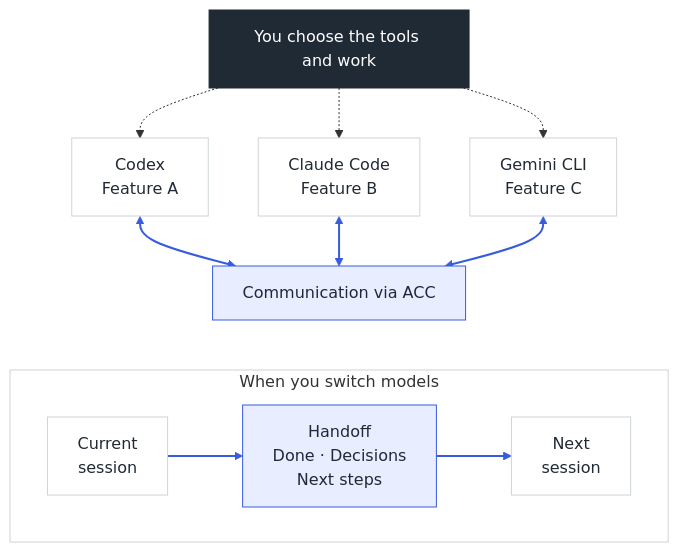
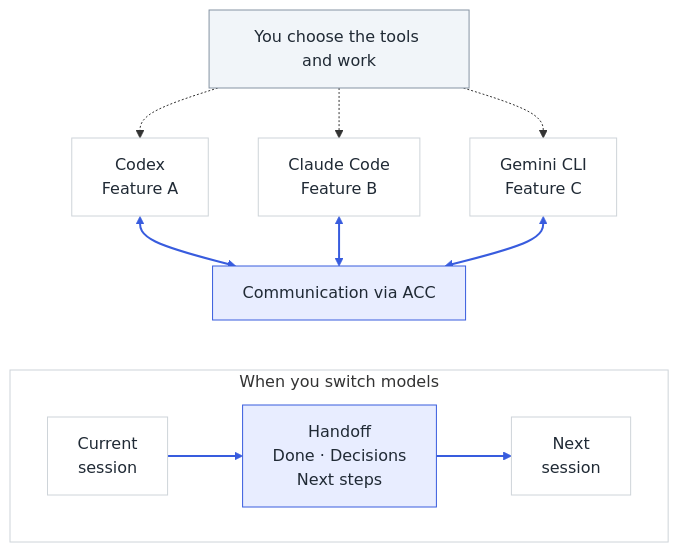
The diagram in README.md (automatis-tools/agents-can-communicate), drawn with Mermaid before and after one commit.

Commit message:
docs: keep diagram labels readable with fallback text colors

````diff
--- a/README.md
+++ b/README.md
@@ -12,31 +12,31 @@
 ```mermaid
 flowchart TB
     you["You choose the tools and work"]
     codex["Codex<br/>Feature A"]
     claude["Claude Code<br/>Feature B"]
     gemini["Gemini CLI<br/>Feature C"]
     acc["Communication via ACC"]
 
     you -.-> codex
     you -.-> claude
     you -.-> gemini
     codex <--> acc
     claude <--> acc
     gemini <--> acc
 
     subgraph handoff["When you switch models"]
         direction LR
         current["Current<br/>session"] --> saved["Handoff<br/>Done · Decisions<br/>Next steps"]
         saved --> next["Next<br/>session"]
     end
     acc ~~~ handoff
 
-    classDef human fill:#202a35,stroke:#202a35,color:#fff
+    classDef human fill:#f1f5f9,stroke:#8593a3,color:#202a35
     classDef session fill:#fff,stroke:#ced4d9,color:#202a35
     classDef shared fill:#e8edff,stroke:#385cde,color:#202a35
     class you human
     class codex,claude,gemini,current,next session
     class acc,saved shared
     style handoff fill:transparent,stroke:#ced4d9
     linkStyle 3,4,5,6,7 stroke:#385cde,stroke-width:2px
 ```
````
